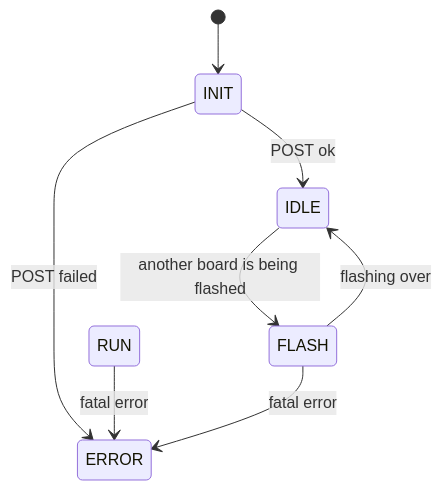
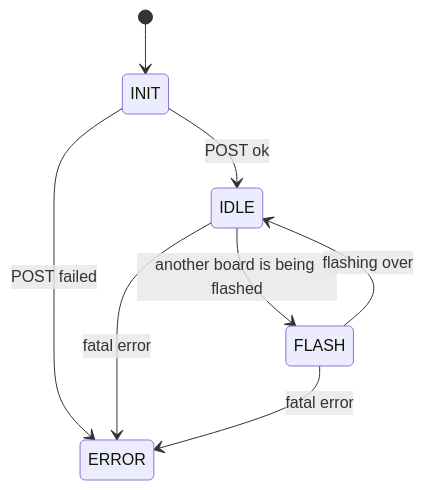
The diagram in README.md (eagletrt/sw-fenice-evo-steering-wheel), drawn with Mermaid before and after one commit.

Commit message:
fix: README.md mermaid diagram

````diff
--- a/README.md
+++ b/README.md
@@ -29,10 +29,10 @@
 ```mermaid
 stateDiagram-v2
     [*] --> INIT
     INIT --> IDLE: POST ok
     INIT --> ERROR: POST failed
     IDLE --> FLASH: another board is being flashed
+    IDLE --> ERROR: fatal error
     FLASH --> IDLE: flashing over
-    RUN --> ERROR: fatal error
     FLASH --> ERROR: fatal error
 ```
````
